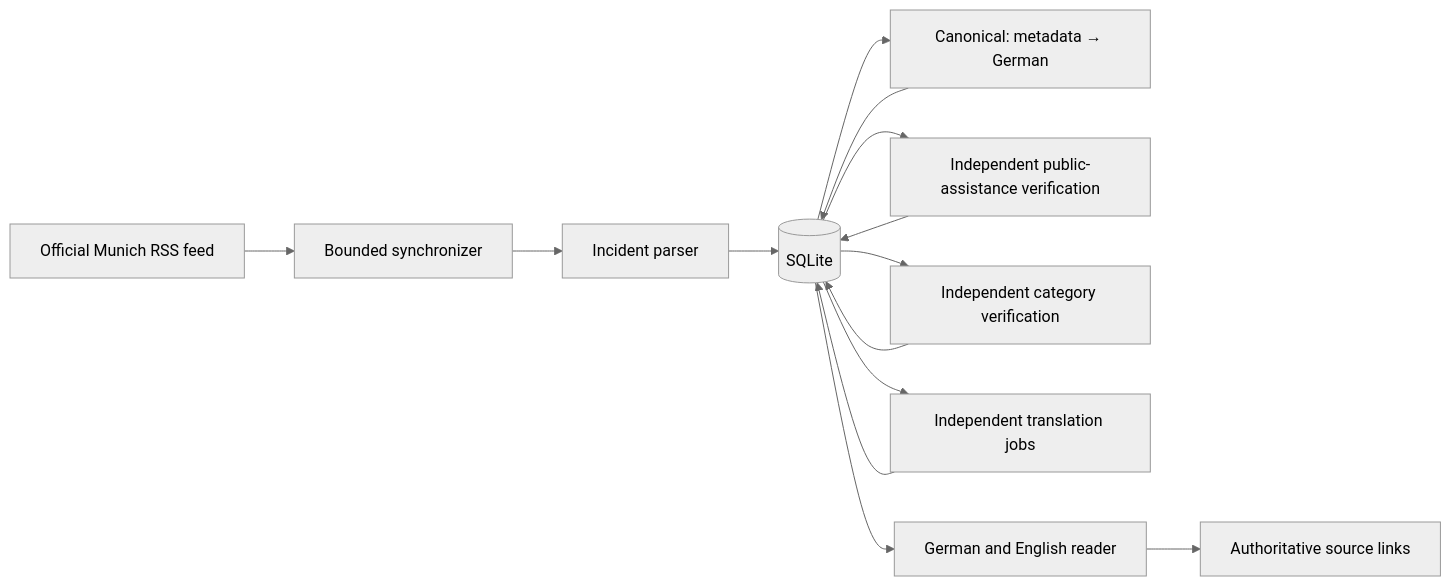
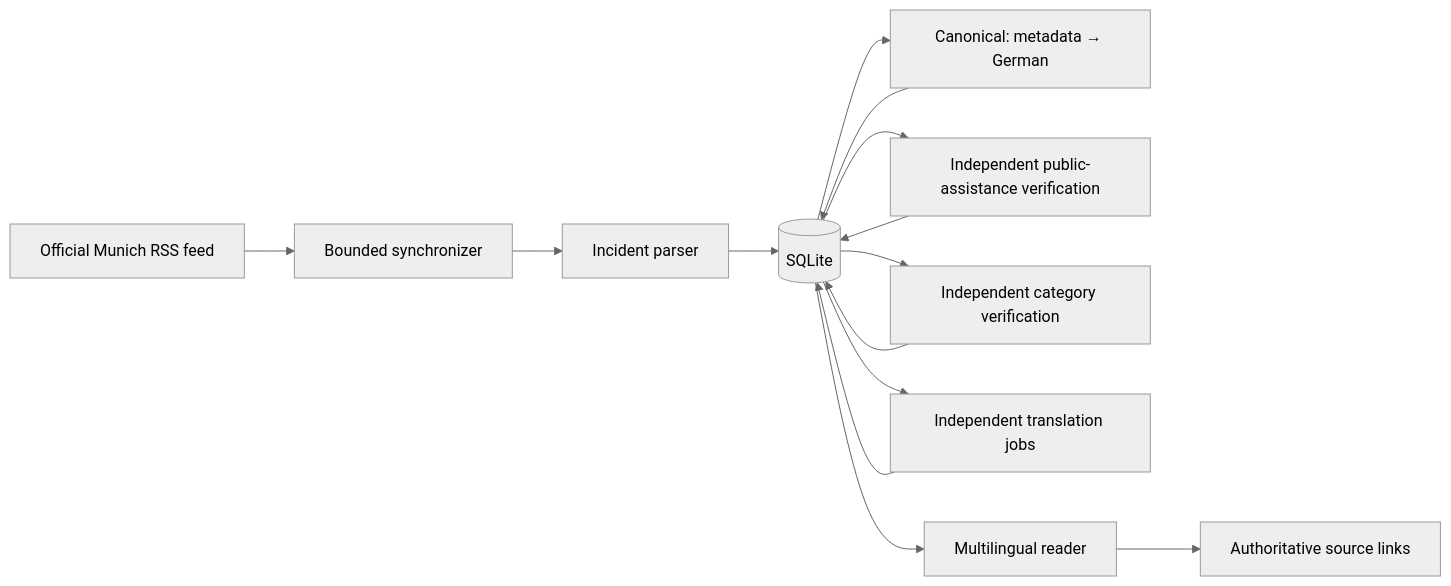
The diagram in README.md (egekocabas/munichbrief), drawn with Mermaid (neutral theme) before and after one commit. The commit also changed other lines of this file and 136 other files, not shown here.

````diff
--- a/README.md
+++ b/README.md
@@ -70,16 +76,16 @@
 ```mermaid
 flowchart LR
     RSS["Official Munich RSS feed"] --> Sync["Bounded synchronizer"]
     Sync --> Parser["Incident parser"]
     Parser --> DB[("SQLite")]
     DB --> Pipeline["Canonical: metadata → German"]
     Pipeline --> DB
     DB --> Assistance["Independent public-assistance verification"]
     Assistance --> DB
     DB --> Category["Independent category verification"]
     Category --> DB
     DB --> Translation["Independent translation jobs"]
     Translation --> DB
-    DB --> Reader["German and English reader"]
+    DB --> Reader["Multilingual reader"]
     Reader --> Source["Authoritative source links"]
 ```
````
